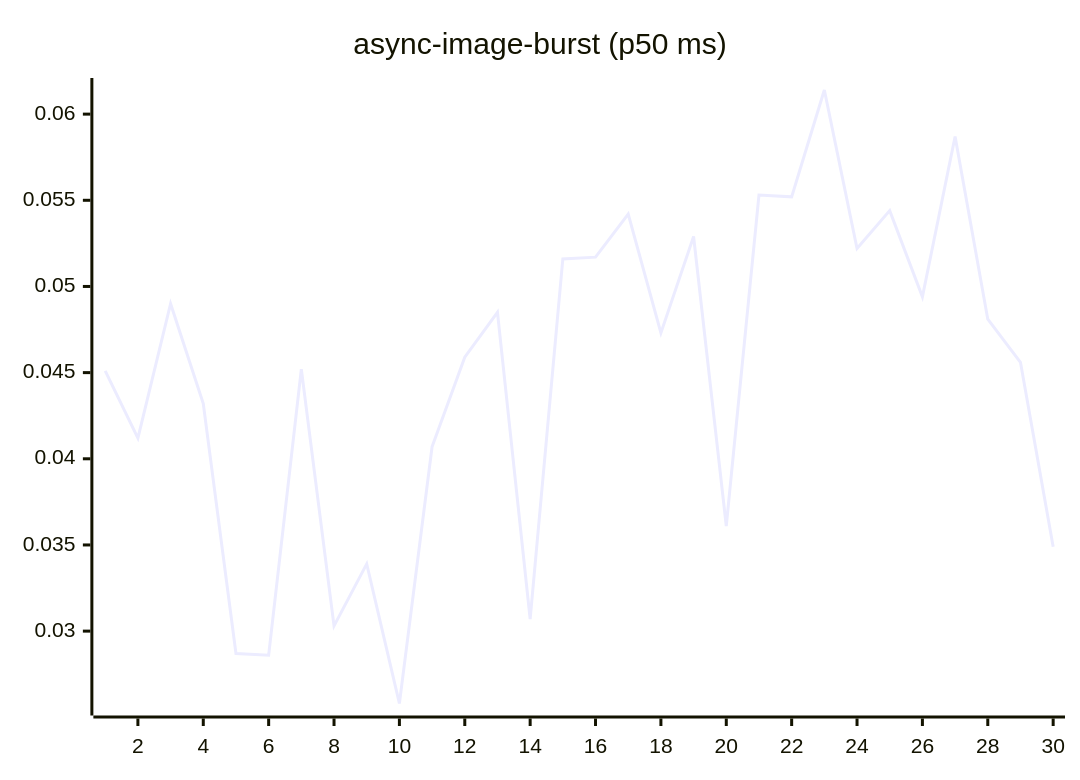
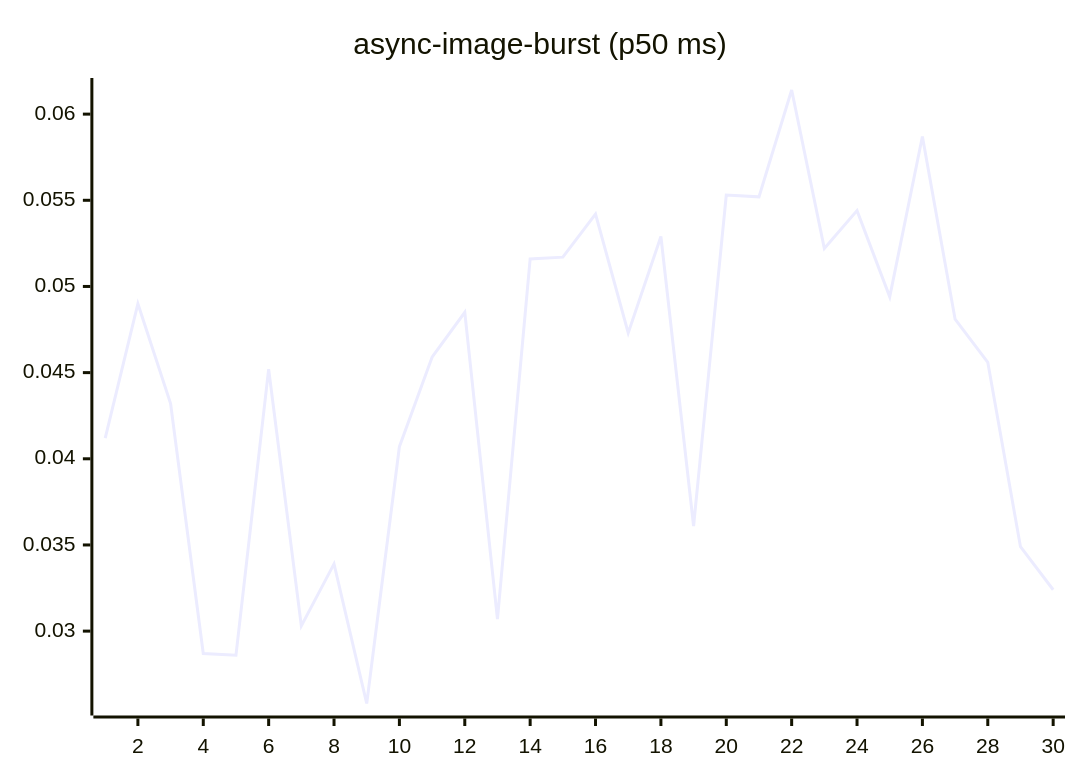
The fourth of 27 diagrams in README.md (josha/Facet), drawn with Mermaid before and after one commit. The commit also changed other lines of this file and 2 other files, not shown here.

````diff
--- a/README.md
+++ b/README.md
@@ -84,6 +84,6 @@
 ```mermaid
 xychart-beta
     title "async-image-burst (p50 ms)"
     x-axis 1 --> 30
-    line [0.0451, 0.0412, 0.0490, 0.0432, 0.0287, 0.0286, 0.0452, 0.0303, 0.0339, 0.0258, 0.0407, 0.0459, 0.0485, 0.0307, 0.0516, 0.0517, 0.0542, 0.0473, 0.0529, 0.0361, 0.0553, 0.0552, 0.0614, 0.0522, 0.0544, 0.0494, 0.0587, 0.0481, 0.0456, 0.0349]
+    line [0.0412, 0.0490, 0.0432, 0.0287, 0.0286, 0.0452, 0.0303, 0.0339, 0.0258, 0.0407, 0.0459, 0.0485, 0.0307, 0.0516, 0.0517, 0.0542, 0.0473, 0.0529, 0.0361, 0.0553, 0.0552, 0.0614, 0.0522, 0.0544, 0.0494, 0.0587, 0.0481, 0.0456, 0.0349, 0.0324]
 ```
````
